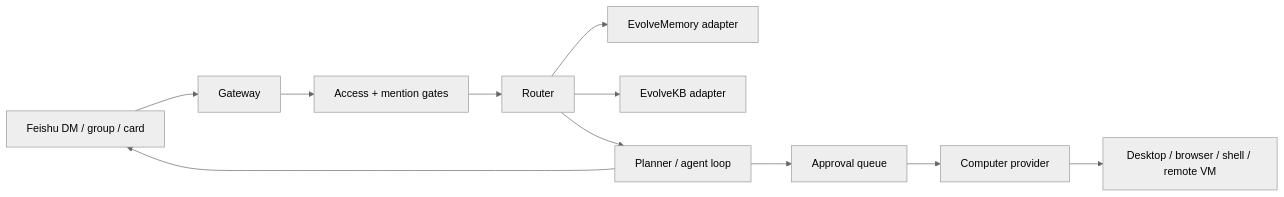
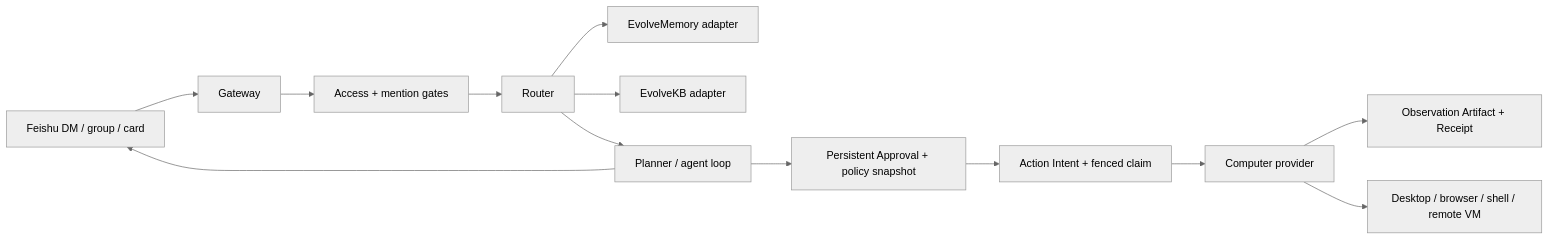
Before and after one commit to 2sao7sao/CoPenguin: the diagram in docs/ARCHITECTURE.md, drawn with Mermaid (neutral theme). The commit also changed other lines of this file and 19 other files, not shown here.

````diff
--- a/docs/ARCHITECTURE.md
+++ b/docs/ARCHITECTURE.md
@@ -5,13 +5,15 @@
 ```mermaid
 flowchart LR
   F["Feishu DM / group / card"] --> G["Gateway"]
   G --> A["Access + mention gates"]
   A --> R["Router"]
   R --> M["EvolveMemory adapter"]
   R --> K["EvolveKB adapter"]
   R --> P["Planner / agent loop"]
-  P --> Q["Approval queue"]
-  Q --> C["Computer provider"]
+  P --> Q["Persistent Approval + policy snapshot"]
+  Q --> I["Action Intent + fenced claim"]
+  I --> C["Computer provider"]
+  C --> RC["Observation Artifact + Receipt"]
   C --> O["Desktop / browser / shell / remote VM"]
   P --> F
 ```
````
